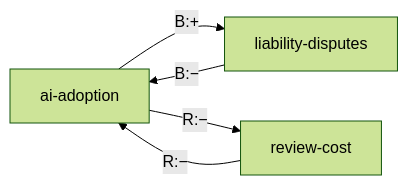
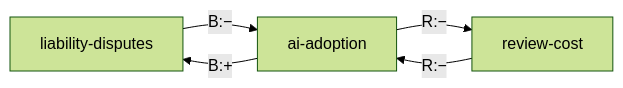
Before and after one commit to eunhyekim2025-stack/Grace-Study-Hub: the second of 3 diagrams in llm-wiki/wiki/graph-viz.md, drawn with Mermaid (forest theme). The commit also changed other lines of this file and 139 other files, not shown here.

First line of the commit message:
Add SQL subject (🗄) — 7 concept notes from the "혼자 공부하는 SQL" mind map

````diff
--- a/llm-wiki/wiki/graph-viz.md
+++ b/llm-wiki/wiki/graph-viz.md
@@ -34,10 +34,10 @@
 ```mermaid
 flowchart LR
+  n_systems_liability_disputes["liability-disputes"]
   n_systems_ai_adoption["ai-adoption"]
-  n_systems_liability_disputes["liability-disputes"]
   n_systems_review_cost["review-cost"]
+  n_systems_liability_disputes -->|B:−| n_systems_ai_adoption
   n_systems_ai_adoption -->|B:+| n_systems_liability_disputes
-  n_systems_liability_disputes -->|B:−| n_systems_ai_adoption
   n_systems_review_cost -->|R:−| n_systems_ai_adoption
   n_systems_ai_adoption -->|R:−| n_systems_review_cost
 ```
````
